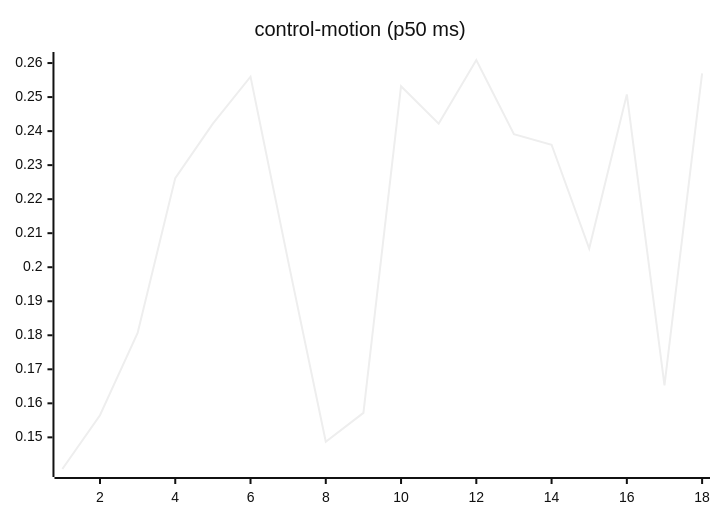
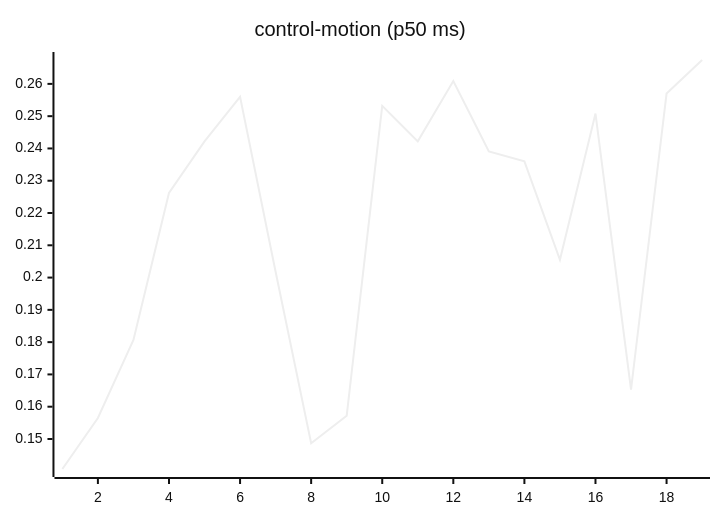
The seventh of 27 diagrams in README.md (josha/Facet), drawn with Mermaid (neutral theme) before and after one commit. The commit also changed other lines of this file and 2 other files, not shown here.

````diff
--- a/README.md
+++ b/README.md
@@ -105,6 +105,6 @@
 ```mermaid
 xychart-beta
     title "control-motion (p50 ms)"
-    x-axis 1 --> 18
-    line [0.1407, 0.1565, 0.1807, 0.2262, 0.2422, 0.2560, 0.2018, 0.1487, 0.1572, 0.2532, 0.2422, 0.2609, 0.2391, 0.2360, 0.2055, 0.2508, 0.1653, 0.2570]
+    x-axis 1 --> 19
+    line [0.1407, 0.1565, 0.1807, 0.2262, 0.2422, 0.2560, 0.2018, 0.1487, 0.1572, 0.2532, 0.2422, 0.2609, 0.2391, 0.2360, 0.2055, 0.2508, 0.1653, 0.2570, 0.2674]
 ```
````
